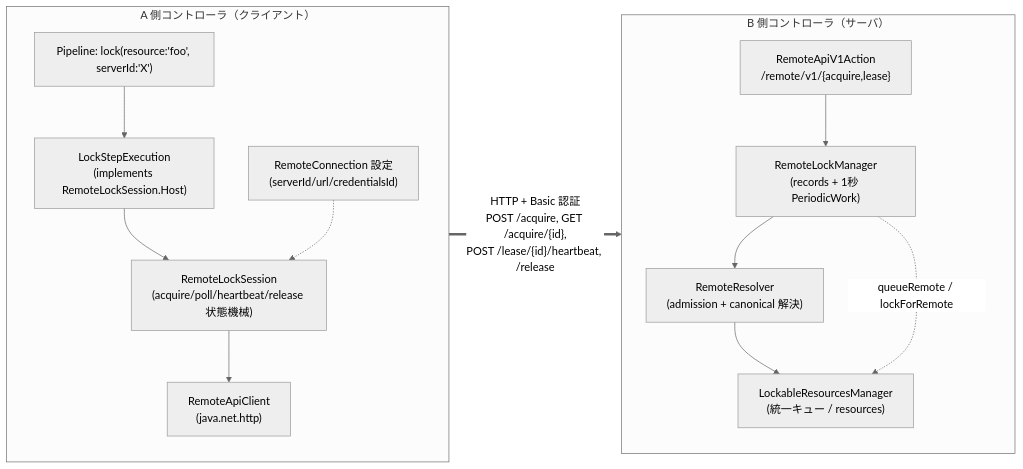
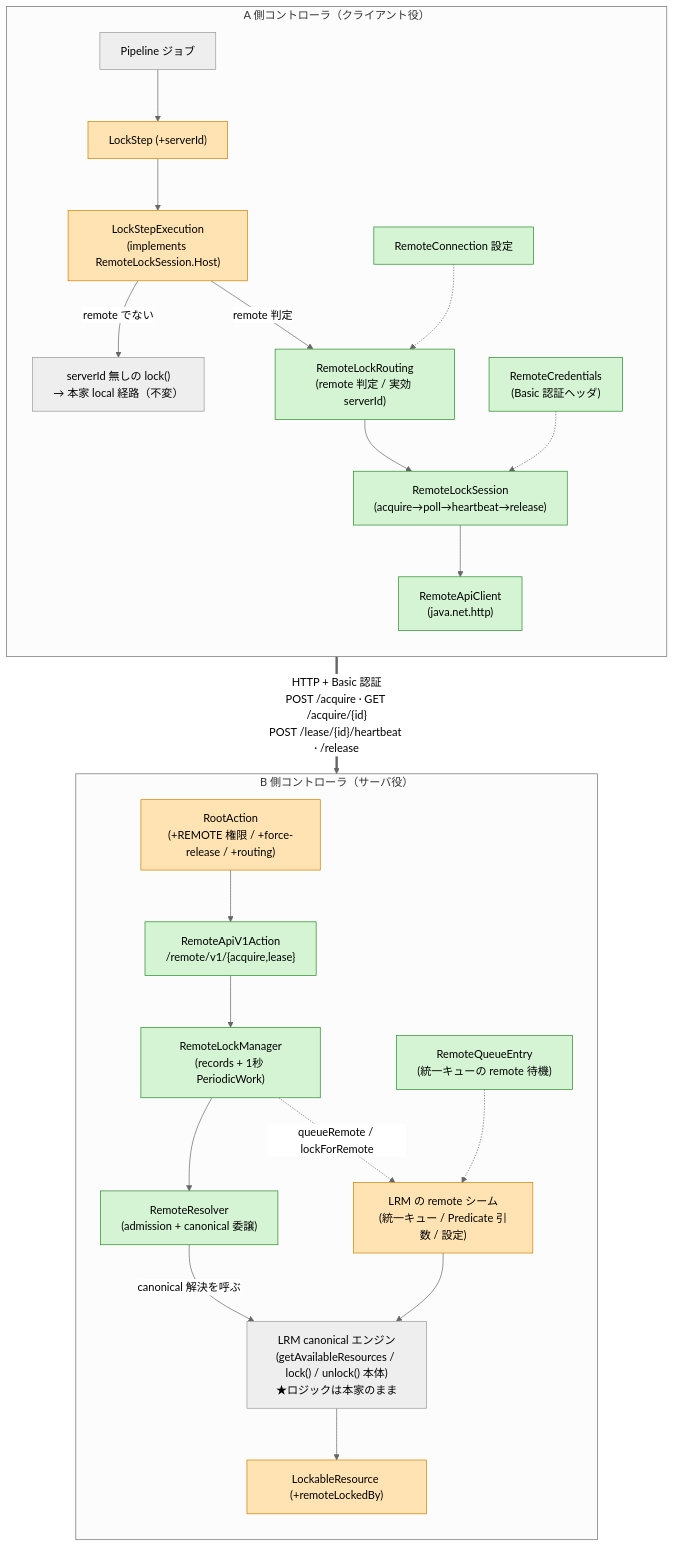
The first of 10 diagrams in docs-j/lockable-resources-architecture-65d8415-j.md (kohtaro-satoh/lockable-resources-remote-notes), drawn with Mermaid (neutral theme) before and after one commit. The commit also changed other lines of this file, not shown here.

Commit message:
Update remote-lr-p1-m1h analysis doc

````diff
--- a/docs-j/lockable-resources-architecture-65d8415-j.md
+++ b/docs-j/lockable-resources-architecture-65d8415-j.md
@@ -102,25 +53,45 @@
 ```mermaid
-graph LR
-    subgraph A["A 側コントローラ（クライアント）"]
+graph TB
+    classDef new fill:#d4f4d4,stroke:#2a8a2a,color:#000
+    classDef mod fill:#ffe3b3,stroke:#d08000,color:#000
+
+    subgraph A["A 側コントローラ（クライアント役）"]
         direction TB
-        APipe["Pipeline: lock(resource:'foo', serverId:'X')"]
-        LSE_A["LockStepExecution\n(implements RemoteLockSession.Host)"]
-        RLS["RemoteLockSession\n(acquire/poll/heartbeat/release 状態機械)"]
-        RAC["RemoteApiClient\n(java.net.http)"]
-        RConn["RemoteConnection 設定\n(serverId/url/credentialsId)"]
-        APipe --> LSE_A --> RLS --> RAC
-        RConn -.-> RLS
+        APipe["Pipeline ジョブ"]
+        LS_A["LockStep (+serverId)"]:::mod
+        LSE_A["LockStepExecution\n(implements RemoteLockSession.Host)"]:::mod
+        LOCAL_A["serverId 無しの lock()\n→ 本家 local 経路（不変）"]
+        RRoute["RemoteLockRouting\n(remote 判定 / 実効 serverId)"]:::new
+        RLS["RemoteLockSession\n(acquire→poll→heartbeat→release)"]:::new
+        RCred["RemoteCredentials\n(Basic 認証ヘッダ)"]:::new
+        RAC["RemoteApiClient\n(java.net.http)"]:::new
+        RConn["RemoteConnection 設定"]:::new
+        APipe --> LS_A --> LSE_A
+        LSE_A -->|"remote でない"| LOCAL_A
+        LSE_A -->|"remote 判定"| RRoute
+        RRoute --> RLS --> RAC
+        RCred -.-> RLS
+        RConn -.-> RRoute
     end
 
-    subgraph B["B 側コントローラ（サーバ）"]
+    subgraph B["B 側コントローラ（サーバ役）"]
         direction TB
-        EP["RemoteApiV1Action\n/remote/v1/{acquire,lease}"]
-        RLMgr["RemoteLockManager\n(records + 1秒 PeriodicWork)"]
-        RR["RemoteResolver\n(admission + canonical 解決)"]
-        LRM_B["LockableResourcesManager\n(統一キュー / resources)"]
-        EP --> RLMgr --> RR --> LRM_B
-        RLMgr -.->|queueRemote / lockForRemote| LRM_B
+        RA["RootAction\n(+REMOTE 権限 / +force-release / +routing)"]:::mod
+        EP["RemoteApiV1Action\n/remote/v1/{acquire,lease}"]:::new
+        RLMgr["RemoteLockManager\n(records + 1秒 PeriodicWork)"]:::new
+        RR["RemoteResolver\n(admission + canonical 委譲)"]:::new
+        RQE["RemoteQueueEntry\n(統一キューの remote 待機)"]:::new
+        LRM_seam["LRM の remote シーム\n(統一キュー / Predicate 引数 / 設定)"]:::mod
+        CORE["LRM canonical エンジン\n(getAvailableResources / lock() / unlock() 本体)\n★ロジックは本家のまま"]
+        LR_B["LockableResource (+remoteLockedBy)"]:::mod
+        RA --> EP --> RLMgr
+        RLMgr --> RR
+        RR -->|"canonical 解決を呼ぶ"| CORE
+        RLMgr -.->|"queueRemote / lockForRemote"| LRM_seam
+        RQE -.-> LRM_seam
+        LRM_seam --> CORE
+        CORE --> LR_B
     end
 
-    RAC ==>|"HTTP + Basic 認証\nPOST /acquire, GET /acquire/{id},\nPOST /lease/{id}/heartbeat, /release"| EP
+    RAC ==>|"HTTP + Basic 認証\nPOST /acquire · GET /acquire/{id}\nPOST /lease/{id}/heartbeat · /release"| EP
 ```
````
